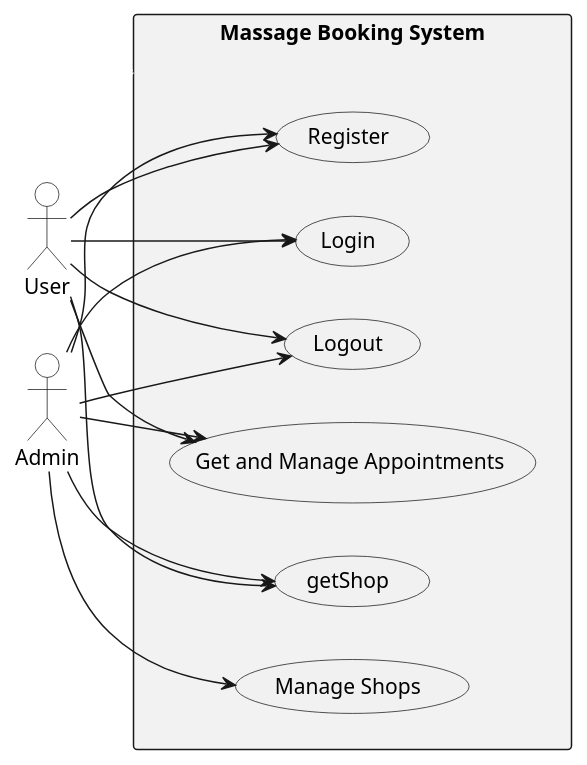
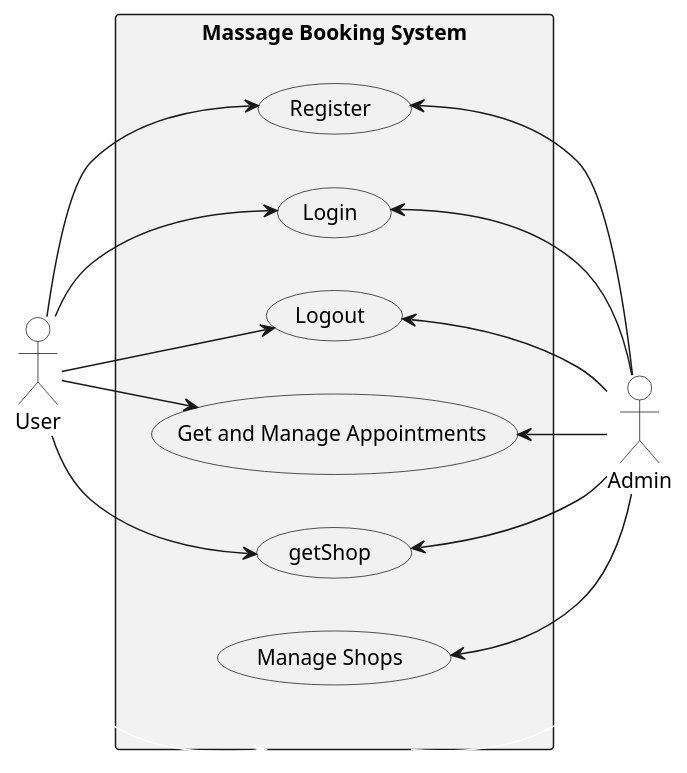
Before and after one commit to VeryBigGolf/hause89-backend: the diagram in usecase.puml, drawn with PlantUML.

Commit message:
improve usecase.puml

```diff
--- a/usecase.puml
+++ b/usecase.puml
@@ -1,35 +1,36 @@
 @startuml Massage Booking System
 left to right direction
 skinparam actorBackgroundColor #FFF
 skinparam packageBackgroundColor #F2F2F2
 
 actor "User" as User
 actor "Admin" as Admin
 
 rectangle "Massage Booking System" as MBS {
   usecase "Register" as UC_Register
   usecase "Login" as UC_Login
   usecase "Logout" as UC_Logout
-  usecase "Manage Shops" as ManageShops
   usecase "Get and Manage Appointments" as ManageAppointments
   usecase "getShop" as getShop
+  usecase "Manage Shops" as ManageShops
 }
 
 ' ensure actors flank the system
 User -[#white]-> MBS
 MBS -[#white]-> Admin
 
 User --> UC_Register
 User --> UC_Login
 User --> UC_Logout
 User --> getShop
 User --> ManageAppointments
 
-Admin --> UC_Login
-Admin --> UC_Logout
-Admin --> getShop
-Admin --> ManageShops
-Admin --> ManageAppointments
-Admin --> UC_Register
+UC_Login <-- Admin
+UC_Logout <-- Admin
+getShop <-- Admin
+ManageShops <-- Admin
+ManageAppointments <-- Admin
+UC_Register <-- Admin
+
 ' UC_BookAppointment .> UC_ViewShops : depends on
 @enduml
```
